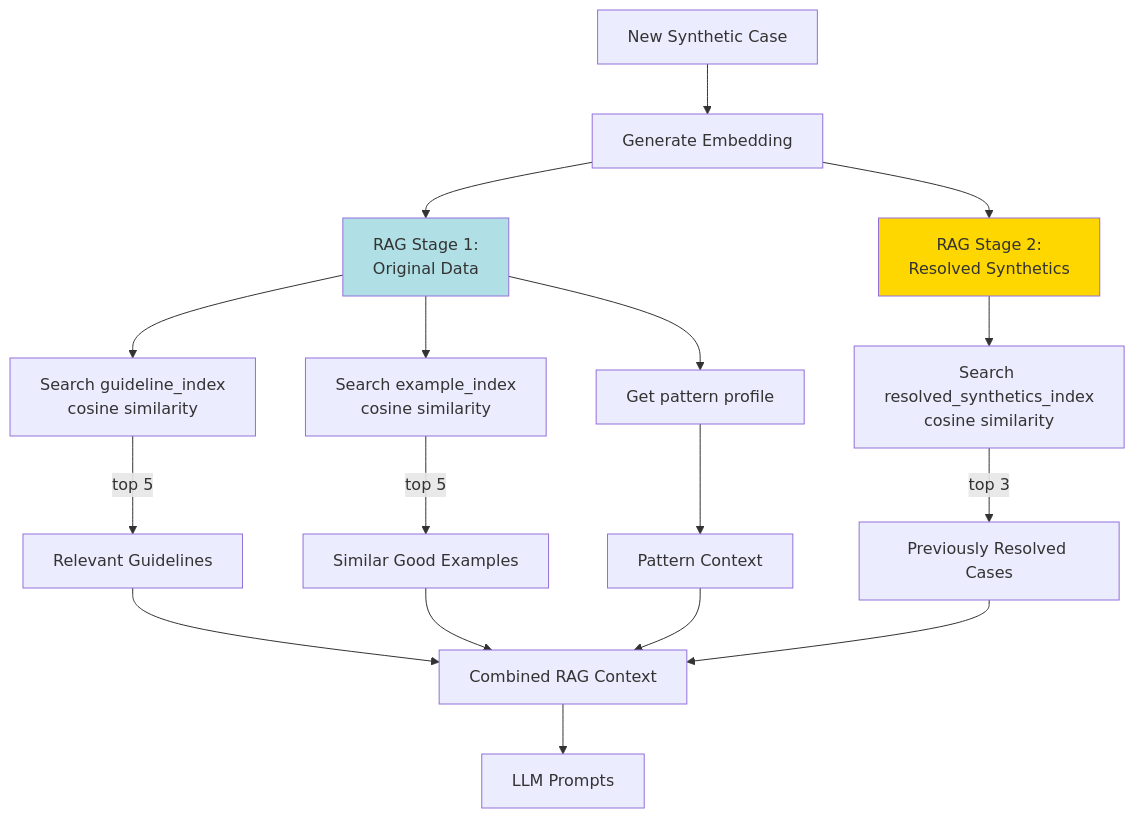
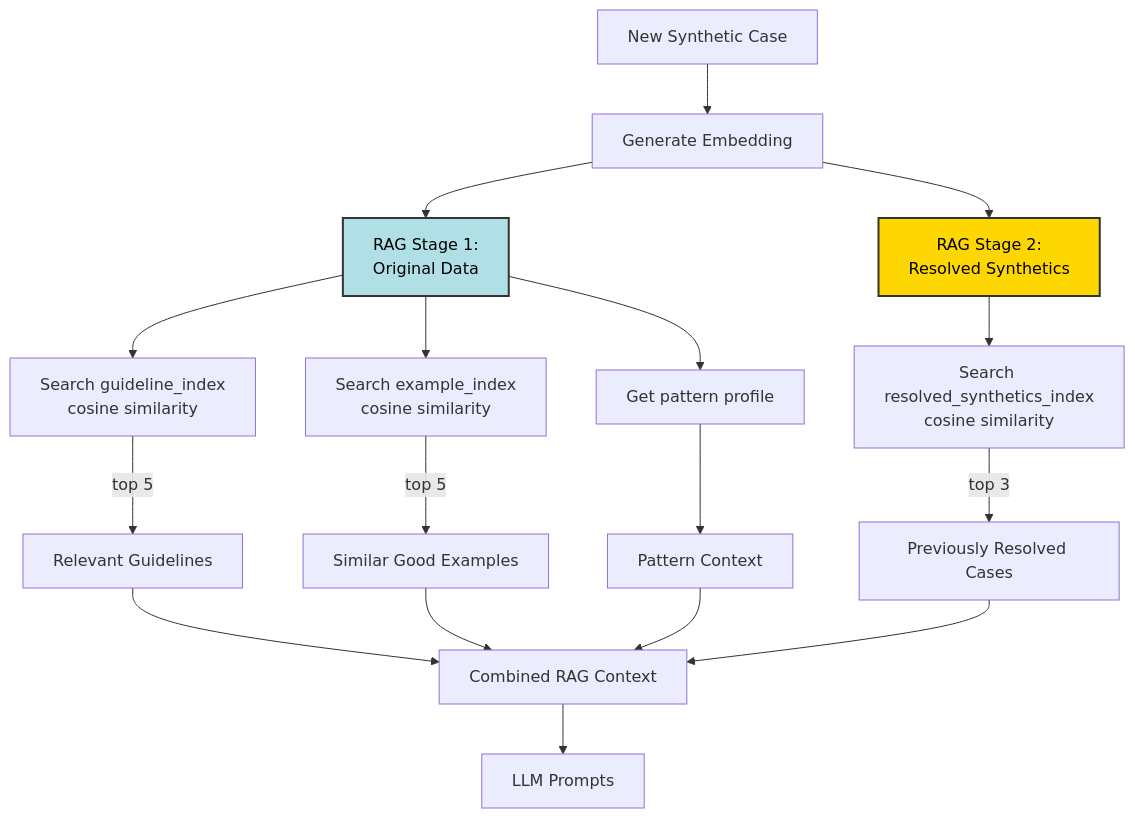
Diagram 12 of 15 in ARCHITECTURE.md (arteaga-uux/Edge-Case-Annotator-Agent), drawn with Mermaid before and after one commit. The commit also changed other lines of this file and 1 other file, not shown here.

````diff
--- a/ARCHITECTURE.md
+++ b/ARCHITECTURE.md
@@ -379,28 +379,28 @@
 ```mermaid
 graph TD
     A[New Synthetic Case] --> B[Generate Embedding]
     
     B --> C[RAG Stage 1:<br/>Original Data]
     B --> D[RAG Stage 2:<br/>Resolved Synthetics]
     
     C --> E[Search guideline_index<br/>cosine similarity]
     C --> F[Search example_index<br/>cosine similarity]
     C --> G[Get pattern profile]
     
     D --> H[Search resolved_synthetics_index<br/>cosine similarity]
     
     E -->|top 5| I[Relevant Guidelines]
     F -->|top 5| J[Similar Good Examples]
     G --> K[Pattern Context]
     H -->|top 3| L[Previously Resolved Cases]
     
     I --> M[Combined RAG Context]
     J --> M
     K --> M
     L --> M
     
     M --> N[LLM Prompts]
     
-    style C fill:#B0E0E6
-    style D fill:#FFD700
+    style C fill:#B0E0E6,stroke:#333,stroke-width:2px,color:#000
+    style D fill:#FFD700,stroke:#333,stroke-width:2px,color:#000
 ```
````
